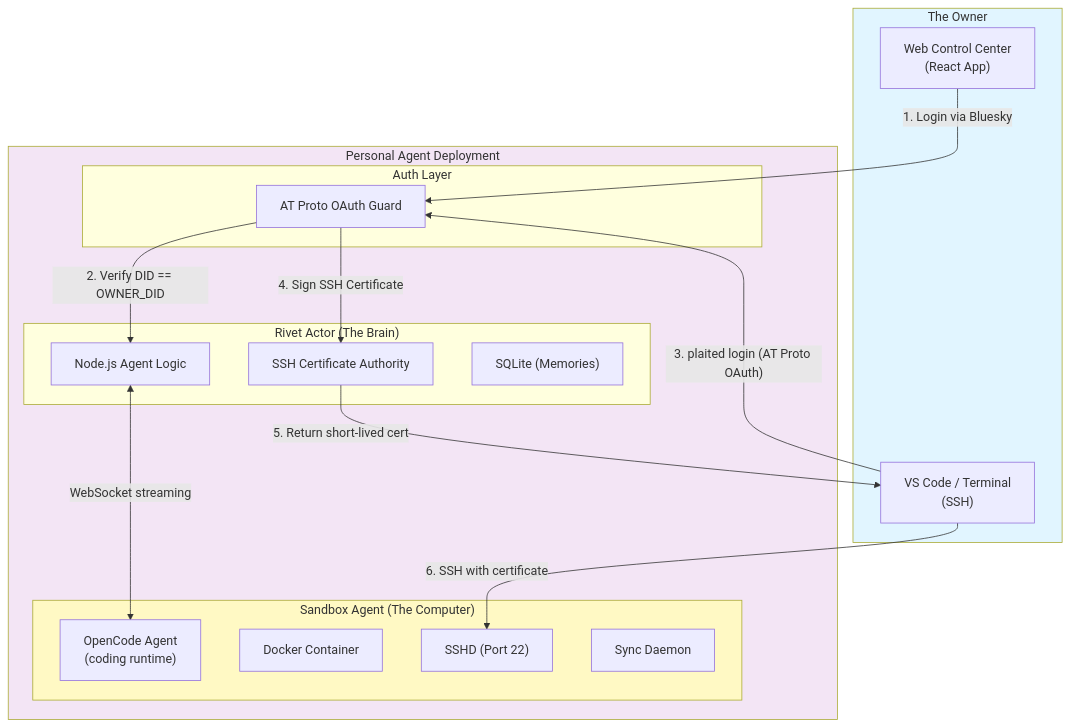
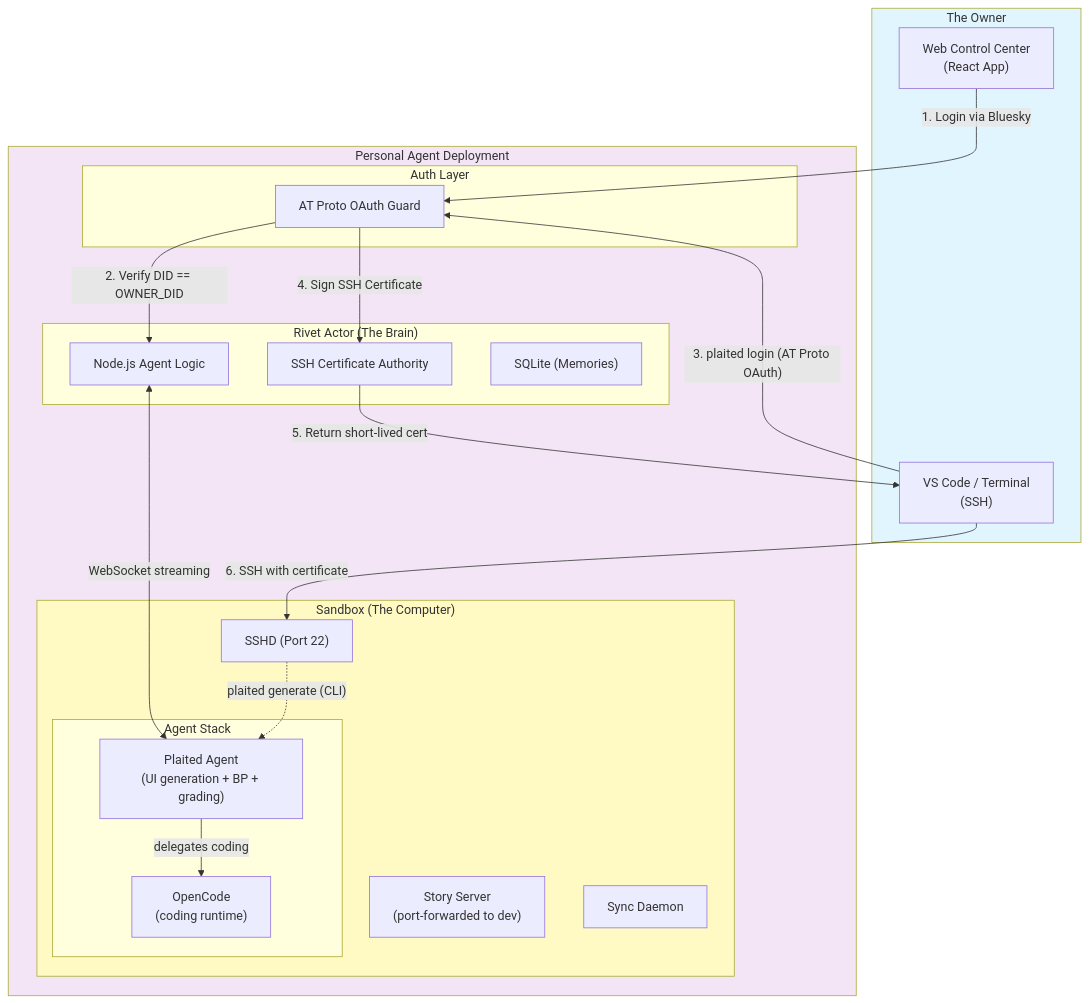
One commit to plaited/plaited changed the diagram in BACKGROUND-AGENT-SYSTEM-DESIGN.md. Above: the diagram before and after it, drawn with Mermaid. The commit also changed other lines of this file, not shown here.

First line of the commit message:
docs(agent): integrate Plaited Agent as UI intelligence layer in sandbox

````diff
--- a/BACKGROUND-AGENT-SYSTEM-DESIGN.md
+++ b/BACKGROUND-AGENT-SYSTEM-DESIGN.md
@@ -34,46 +35,53 @@
 ```mermaid
 graph TB
     subgraph OWNER["The Owner"]
         Browser["Web Control Center<br/>(React App)"]
         IDE["VS Code / Terminal<br/>(SSH)"]
     end
 
     subgraph PERSONAL_CLOUD["Personal Agent Deployment"]
 
         subgraph AUTH_LAYER["Auth Layer"]
             OAuth_Guard["AT Proto OAuth Guard"]
         end
 
         subgraph BRAIN["Rivet Actor (The Brain)"]
             Agent_Logic["Node.js Agent Logic"]
             SSH_CA["SSH Certificate Authority"]
             State_DB["SQLite (Memories)"]
         end
 
-        subgraph MUSCLE["Sandbox Agent (The Computer)"]
-            OpenCode["OpenCode Agent<br/>(coding runtime)"]
-            Runtime["Docker Container"]
+        subgraph MUSCLE["Sandbox (The Computer)"]
+            subgraph AGENTS["Agent Stack"]
+                PAgent["Plaited Agent<br/>(UI generation + BP + grading)"]
+                OpenCode["OpenCode<br/>(coding runtime)"]
+            end
+            StoryServer["Story Server<br/>(port-forwarded to dev)"]
             SSHD["SSHD (Port 22)"]
             Sync["Sync Daemon"]
         end
     end
 
     %% Auth Flow
     Browser -->|"1. Login via Bluesky"| OAuth_Guard
     OAuth_Guard --"2. Verify DID == OWNER_DID"--> Agent_Logic
 
     %% CLI Login + SSH CA Flow
     IDE -->|"3. plaited login (AT Proto OAuth)"| OAuth_Guard
     OAuth_Guard --"4. Sign SSH Certificate"--> SSH_CA
     SSH_CA --"5. Return short-lived cert"--> IDE
 
-    %% Rivet ↔ OpenCode (inside Sandbox)
-    Agent_Logic <-->|"WebSocket streaming"| OpenCode
+    %% Request Flow: Rivet → Plaited Agent → OpenCode
+    Agent_Logic <-->|"WebSocket streaming"| PAgent
+    PAgent -->|"delegates coding"| OpenCode
+
+    %% Dev can also invoke Plaited Agent directly via CLI
+    SSHD -.->|"plaited generate (CLI)"| PAgent
 
     %% SSH Flow (cert-based, no authorized_keys)
     IDE -->|"6. SSH with certificate"| SSHD
 
     style OWNER fill:#e1f5ff
     style PERSONAL_CLOUD fill:#f3e5f5
     style MUSCLE fill:#fff9c4
 ```
````
